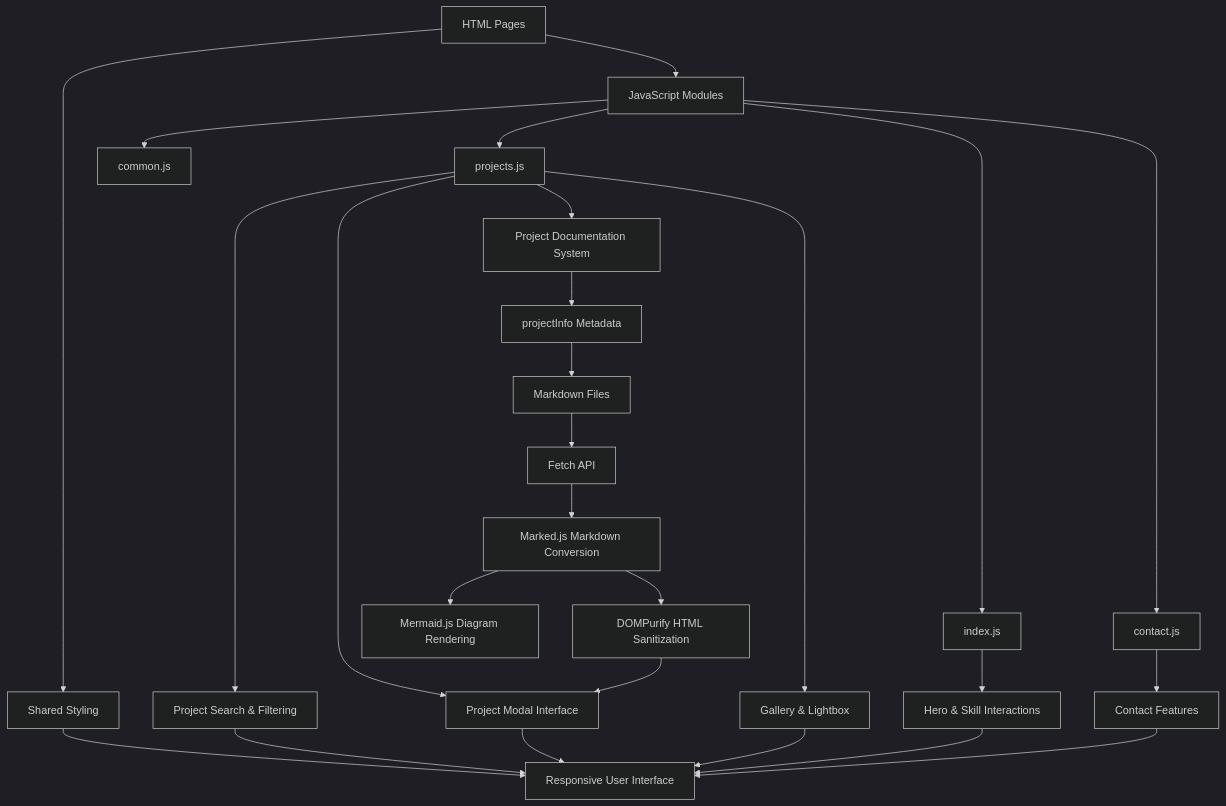
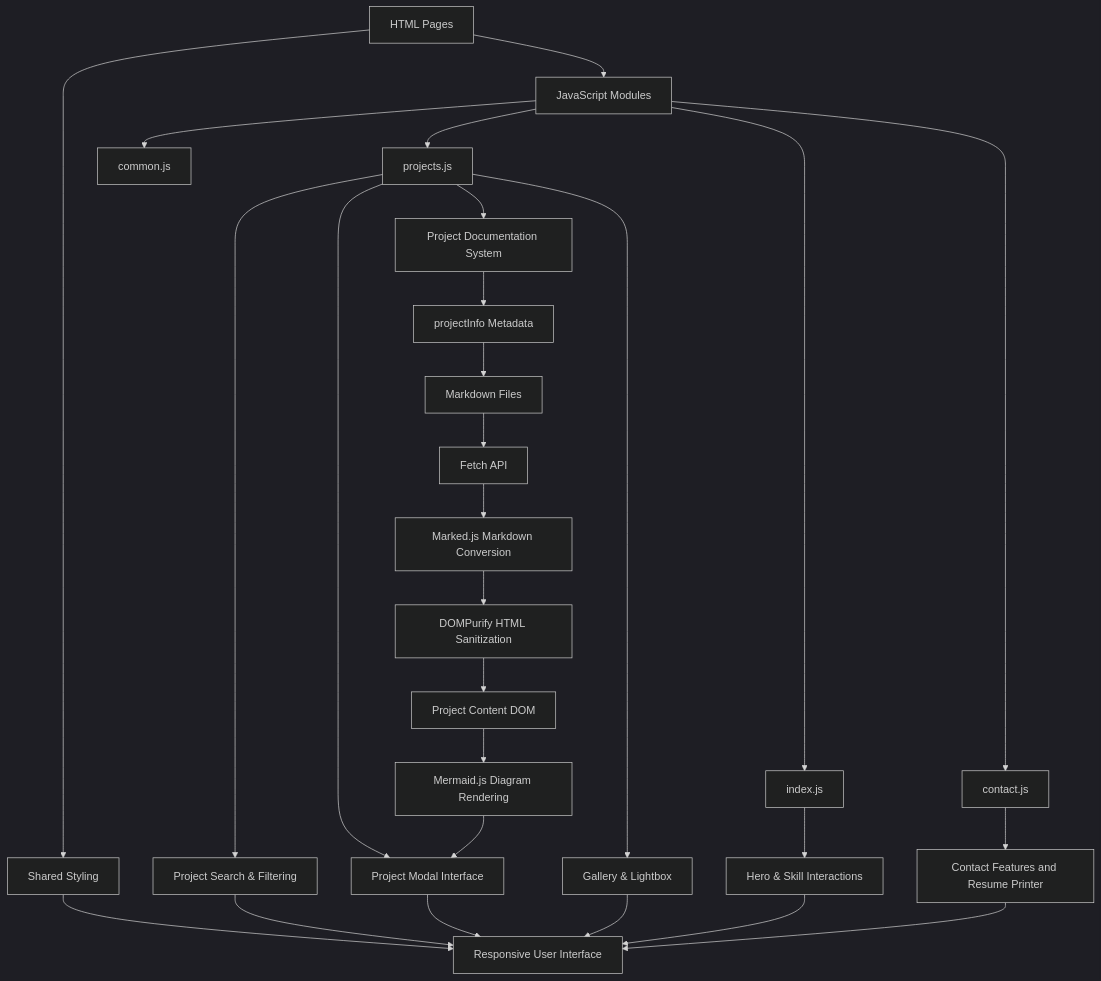
Before and after one commit to Cir9no-0001/engineering-portfolio: the diagram in markdown/eng.md, drawn with Mermaid (dark theme). The commit also changed other lines of this file and 1 other file, not shown here.

Commit message:
readmemaxxing

````diff
--- a/markdown/eng.md
+++ b/markdown/eng.md
@@ -90,38 +90,38 @@
 ```mermaid
 flowchart TD
-
     A[HTML Pages] --> B[Shared Styling]
     A --> C[JavaScript Modules]
 
     B --> D[Responsive User Interface]
 
     C --> E[index.js]
     C --> F[projects.js]
     C --> G[contact.js]
     C --> H[common.js]
 
     F --> I[Project Search & Filtering]
     F --> J[Project Documentation System]
     F --> K[Project Modal Interface]
     F --> L[Gallery & Lightbox]
 
     J --> M[projectInfo Metadata]
     M --> N[Markdown Files]
     N --> O[Fetch API]
 
     O --> P[Marked.js Markdown Conversion]
     P --> Q[DOMPurify HTML Sanitization]
-    Q --> K
+    Q --> R[Project Content DOM]
 
-    P --> R[Mermaid.js Diagram Rendering]
+    R --> S[Mermaid.js Diagram Rendering]
+    S --> K
 
-    E --> S[Hero & Skill Interactions]
-    G --> T[Contact Features]
+    E --> T[Hero & Skill Interactions]
+    G --> U[Contact Features and Resume Printer]
 
     I --> D
     K --> D
     L --> D
-    S --> D
     T --> D
+    U --> D
 
 ```
````
